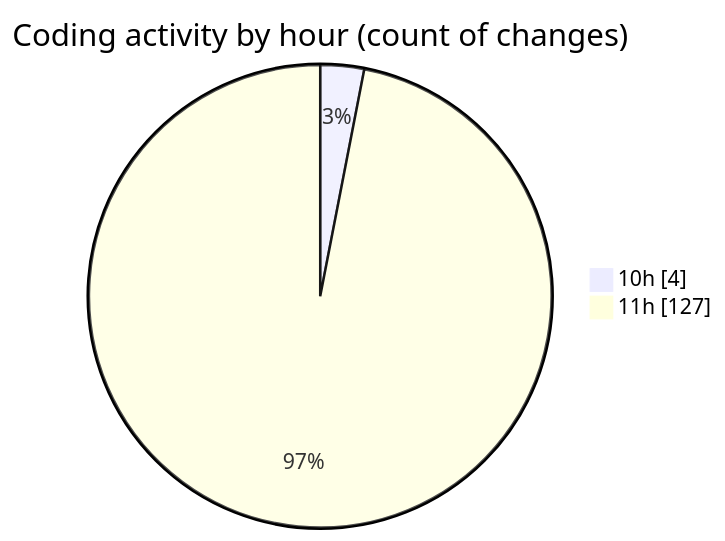
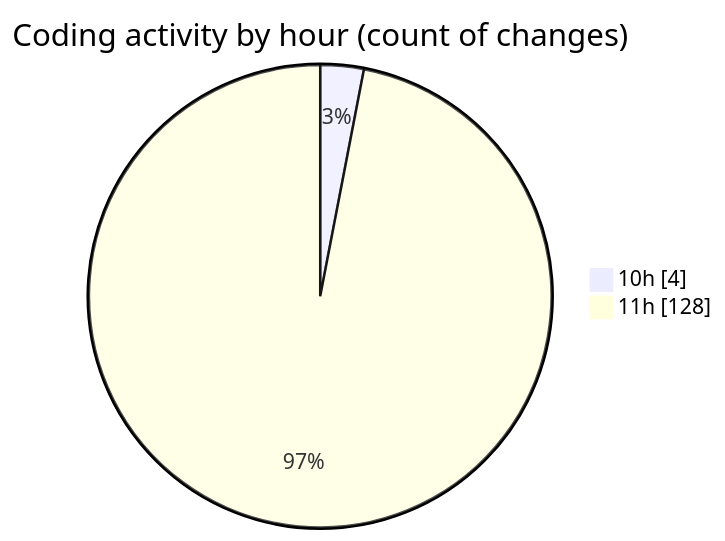
Before and after one commit to nxtqubesakshisongat/code-tracking: the second of 2 diagrams in 2025-04-14/nxtqube_webapp/README.md, drawn with Mermaid. The commit also changed other lines of this file and 1 other file, not shown here.

````diff
--- a/2025-04-14/nxtqube_webapp/README.md
+++ b/2025-04-14/nxtqube_webapp/README.md
@@ -32,6 +32,6 @@
 ```mermaid
 pie showData
 title Coding activity by hour (count of changes)
 "10h" : 4
-"11h" : 127
+"11h" : 128
 ```
````
